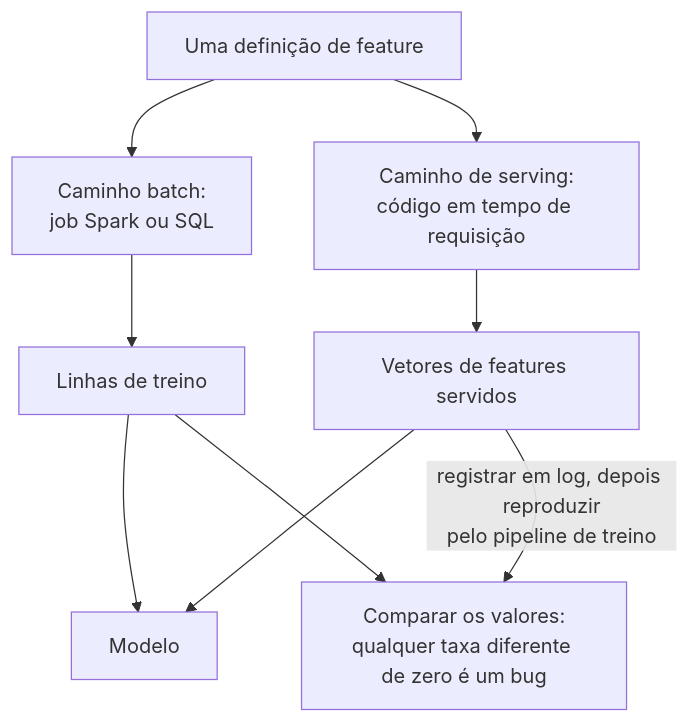
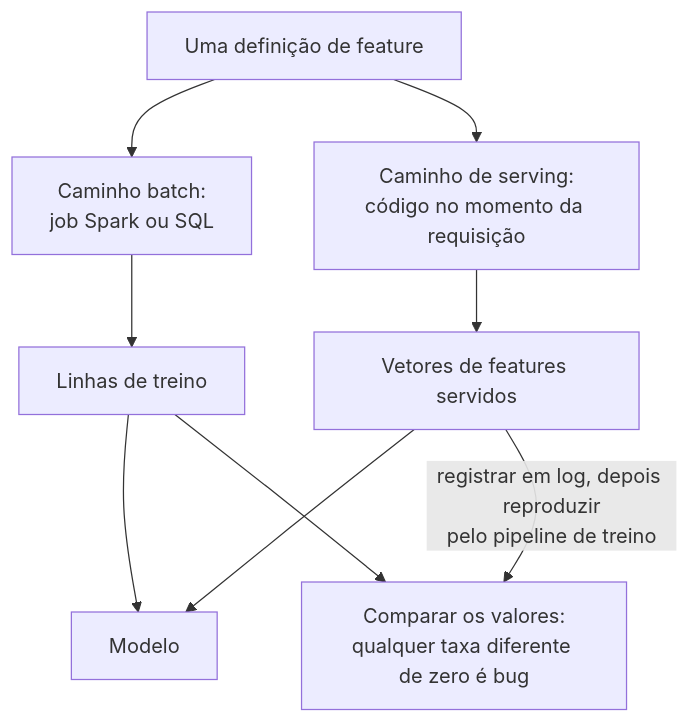
Diagram 16 of 27 in 01-ml-and-dl-foundations/questions.pt-BR.md (andrevberaldo/AI-Engineer-Interview-Questions), drawn with Mermaid before and after one commit. The commit also changed other lines of this file, not shown here.

````diff
--- a/01-ml-and-dl-foundations/questions.pt-BR.md
+++ b/01-ml-and-dl-foundations/questions.pt-BR.md
@@ -854,11 +854,11 @@
 ```mermaid
 flowchart TD
     A["Uma definição de feature"] --> B["Caminho batch:<br/>job Spark ou SQL"]
-    A --> C["Caminho de serving:<br/>código em tempo de requisição"]
+    A --> C["Caminho de serving:<br/>código no momento da requisição"]
     B --> D["Linhas de treino"]
     C --> E["Vetores de features servidos"]
     D --> F["Modelo"]
     E --> F
-    E -->|"registrar em log, depois reproduzir<br/>pelo pipeline de treino"| G["Comparar os valores:<br/>qualquer taxa diferente de zero é um bug"]
+    E -->|"registrar em log, depois reproduzir<br/>pelo pipeline de treino"| G["Comparar os valores:<br/>qualquer taxa diferente de zero é bug"]
     D --> G
 ```
````
